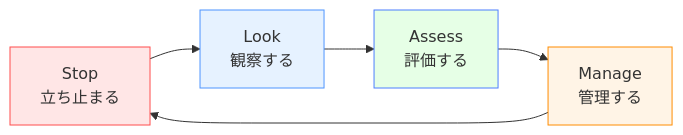
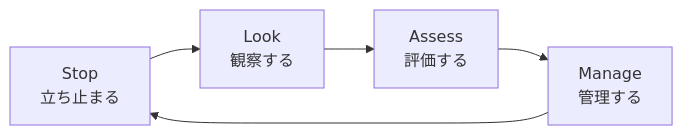
The third of 11 diagrams in docs/applications/daily-life.md (shuji-bonji/Situational-Awareness-and-Decision-Making), drawn with Mermaid before and after one commit. The commit also changed other lines of this file and 49 other files, not shown here.

Commit message:
fix: ダークモードで見づらい図の色の変更

````diff
--- a/docs/applications/daily-life.md
+++ b/docs/applications/daily-life.md
@@ -212,12 +212,12 @@
 ```mermaid
 graph LR
     A[Stop<br>立ち止まる] --> B[Look<br>観察する]
     B --> C[Assess<br>評価する]
     C --> D[Manage<br>管理する]
     D --> A
     
-    style A fill:#ffe6e6,stroke:#ff4d4d
-    style B fill:#e6f2ff,stroke:#4d94ff
-    style C fill:#e6ffe6,stroke:#4d7fff
-    style D fill:#fff4e6,stroke:#ff8c00
+
+
+
+
 ```
````
